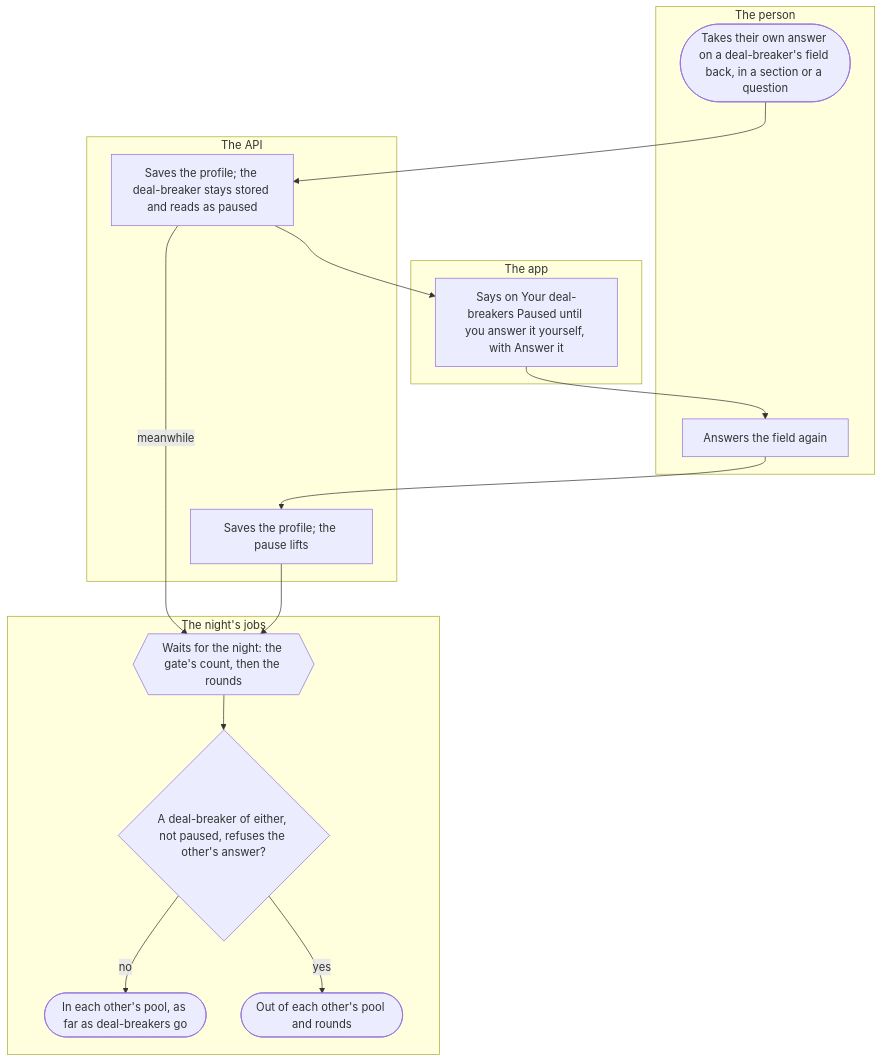
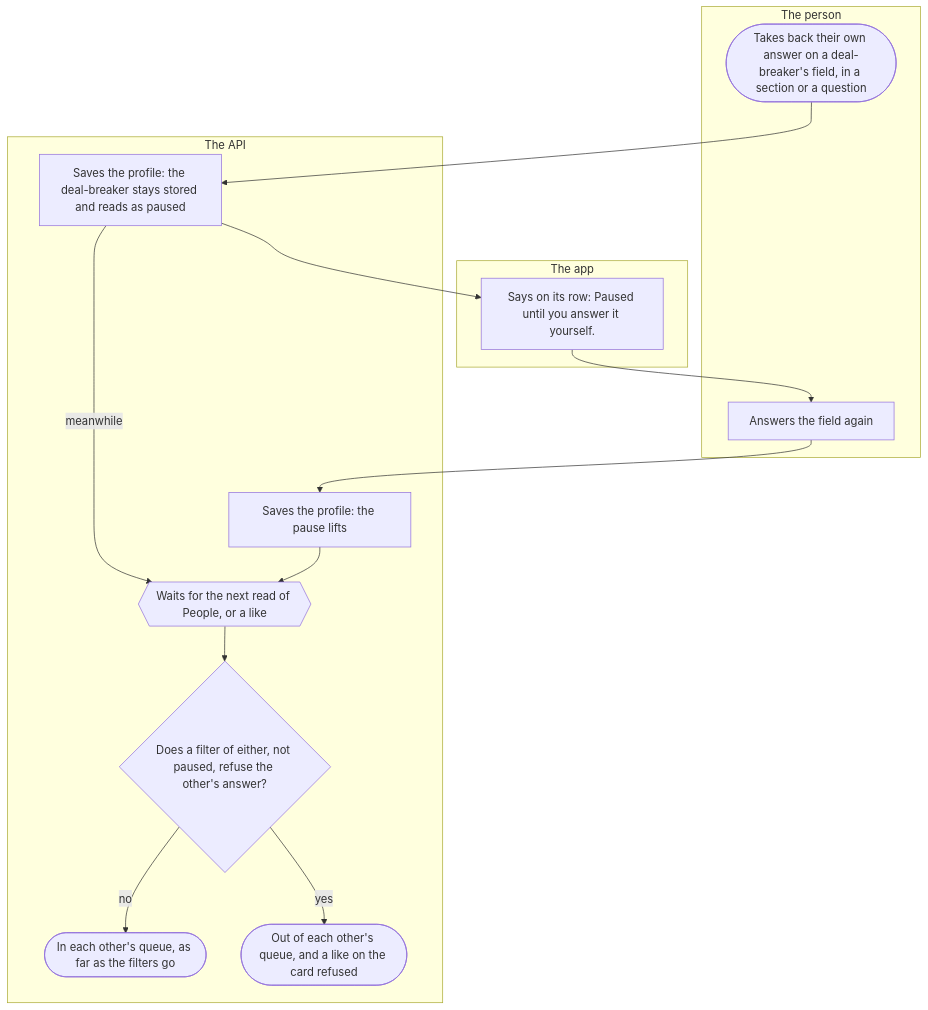
One commit to kuutti-ry/kuutti-app changed the seventh of 7 diagrams in docs/flows/profile.md. Above: the diagram before and after it, drawn with Mermaid. The commit also changed other lines of this file and 41 other files, not shown here.

First line of the commit message:
Redraw the user flows against today's main, held by check:docs

````diff
--- a/docs/flows/profile.md
+++ b/docs/flows/profile.md
@@ -243,26 +419,29 @@
 ```mermaid
 flowchart TB
-  accTitle: Deal-breakers at work
-  accDescr: A deal-breaker whose holder takes their own answer back is paused, kept and filtering nothing, until they answer again. At night the gate's count and the rounds keep two people apart when a deal-breaker of either refuses the other's answer.
+  accTitle: What fits, on every read
+  accDescr: A deal-breaker whose holder takes their own answer back is paused, kept and filtering nothing, until they answer again. Every read of People and every like asks both people's filters, and a filter of either that refuses the other's answer keeps the two apart.
   subgraph person["The person"]
-    s65(["Takes their own answer on a deal-breaker's field back, in a section or a question"])
-    s68["Answers the field again"]
+    s89(["Takes back their own answer on a deal-breaker's field, in a section or a question"])
+    s92["Answers the field again"]
   end
   subgraph app["The app"]
-    s67["Says on Your deal-breakers Paused until you answer it yourself, with Answer it"]
+    s91["Says on its row: Paused until you answer it yourself."]
   end
   subgraph api["The API"]
-    s66["Saves the profile; the deal-breaker stays stored and reads as paused"]
-    s69["Saves the profile; the pause lifts"]
+    s90["Saves the profile: the deal-breaker stays stored and reads as paused"]
+    s93["Saves the profile: the pause lifts"]
+    s94{{"Waits for the next read of People, or a like"}}
+    s95{"Does a filter of either, not paused, refuse the other's answer?"}
+    s96(["Out of each other's queue, and a like on the card refused"])
+    s97(["In each other's queue, as far as the filters go"])
   end
-  subgraph night["The night's jobs"]
-    s70{{"Waits for the night: the gate's count, then the rounds"}}
-    s71{"A deal-breaker of either, not paused, refuses the other's answer?"}
-    s72(["Out of each other's pool and rounds"])
-    s73(["In each other's pool, as far as deal-breakers go"])
-  end
-  s65 --> s66 --> s67 --> s68 --> s69 --> s70 --> s71
-  s66 -->|"meanwhile"| s70
-  s71 -->|"yes"| s72
-  s71 -->|"no"| s73
+  s89 --> s90
+  s90 --> s91
+  s91 --> s92
+  s92 --> s93
+  s93 --> s94
+  s90 -->|"meanwhile"| s94
+  s94 --> s95
+  s95 -->|"yes"| s96
+  s95 -->|"no"| s97
 ```
````
